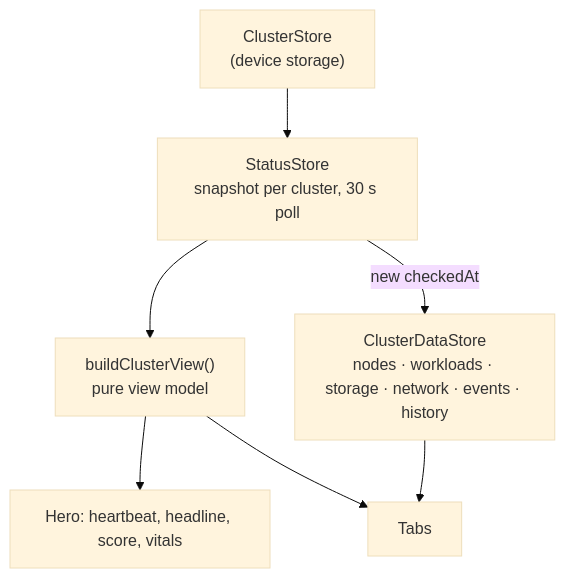
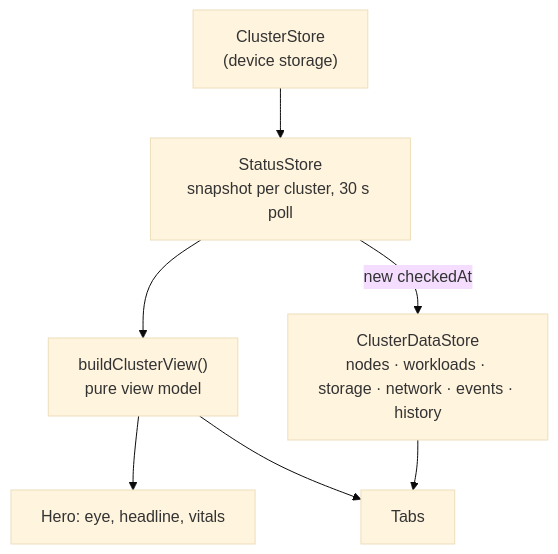
The eighth of 10 diagrams in docs/ARCHITECTURE.md (kubernanny/kubernanny), drawn with Mermaid (base theme) before and after one commit. The commit also changed other lines of this file and 93 other files, not shown here.

````diff
--- a/docs/ARCHITECTURE.md
+++ b/docs/ARCHITECTURE.md
@@ -308,9 +310,9 @@
 ```mermaid
 flowchart TB
   CS["ClusterStore<br/>(device storage)"] --> SS["StatusStore<br/>snapshot per cluster, 30 s poll"]
   SS --> CV["buildClusterView()<br/>pure view model"]
   CDS["ClusterDataStore<br/>nodes · workloads · storage · network · events · history"] --> Tabs
-  CV --> Hero["Hero: heartbeat, headline, score, vitals"]
+  CV --> Hero["Hero: eye, headline, vitals"]
   CV --> Tabs["Tabs"]
   SS -- "new checkedAt" --> CDS
 ```
````
